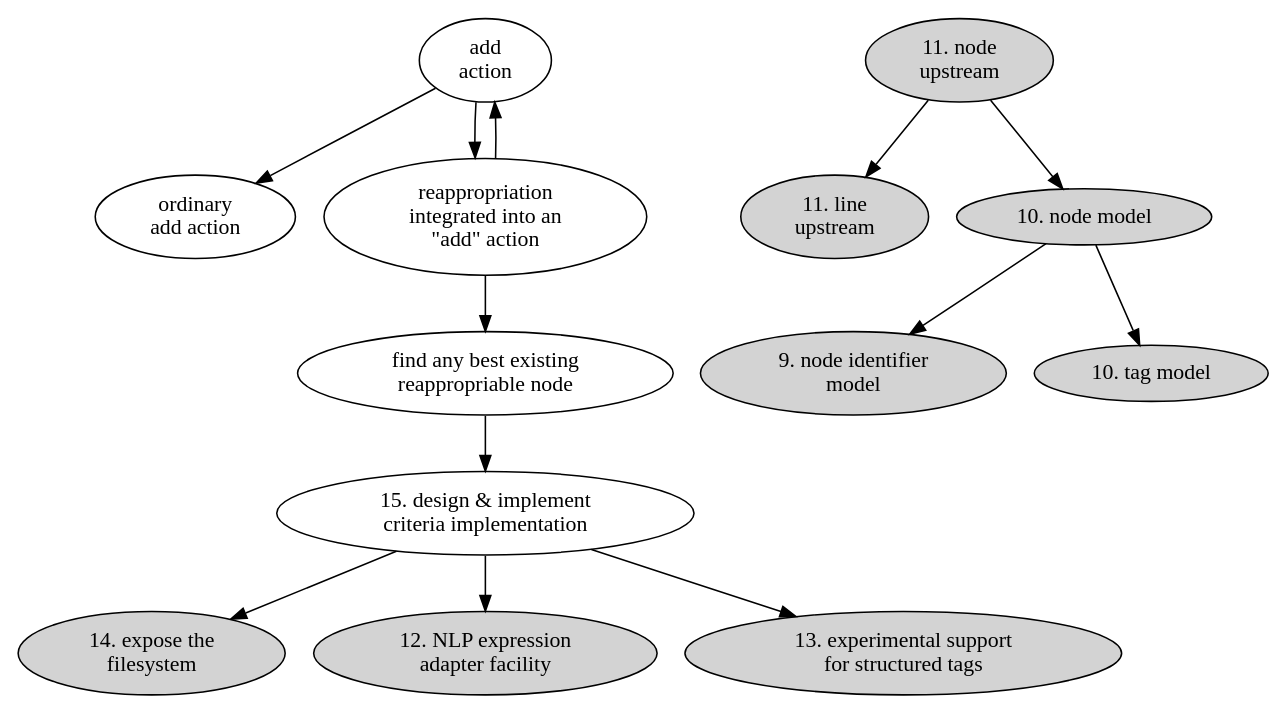
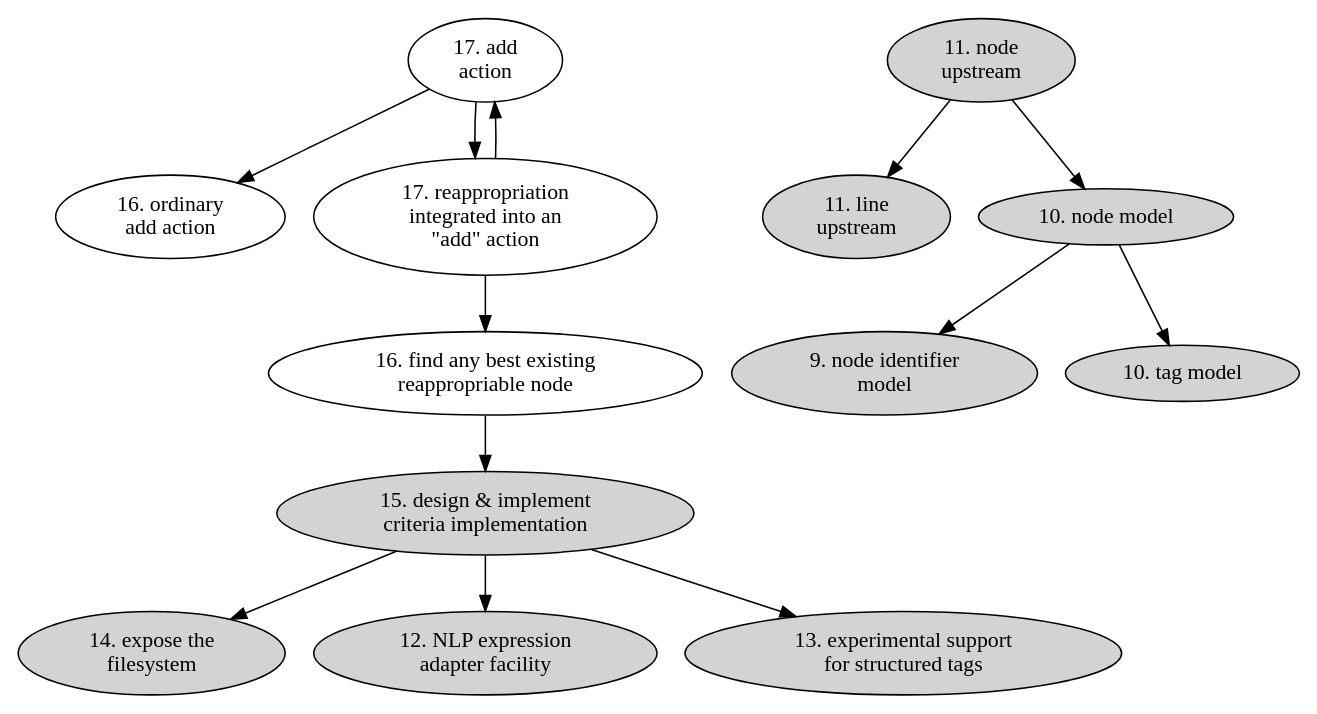
The diagram in lib/skylab/snag/doc/issues/038/component-digraph.dot (hipe/tmx), drawn with Graphviz before and after one commit. The commit also changed 16 other files, not shown here.

```diff
--- a/lib/skylab/snag/doc/issues/038/component-digraph.dot
+++ b/lib/skylab/snag/doc/issues/038/component-digraph.dot
@@ -1,33 +1,33 @@
 digraph {
 
-  aa [label="add\naction" ]
-  de [label="15. design & implement\ncriteria implementation"]
+  aa [label="17. add\naction" ]
+  de [label="15. design & implement\ncriteria implementation" style=filled]
   FS [label="14. expose the\nfilesystem" style=filled]
   line_upstream [label="11. line\nupstream" style=filled]
   NLP_experiment [label="12. NLP expression\nadapter facility" style=filled]
   node_identifier_model [label="9. node identifier\nmodel" style=filled]
   node_model [label="10. node model" style=filled]
   node_upstream [label="11. node\nupstream" style=filled]
-  oaa [label="ordinary\nadd action"]
-  rea [label="reappropriation\nintegrated into an\n\"add\" action" ]
-  rea_actor [label="find any best existing\nreappropriable node" ]
+  oaa [label="16. ordinary\nadd action"]
+  rea [label="17. reappropriation\nintegrated into an\n\"add\" action" ]
+  rea_actor [label="16. find any best existing\nreappropriable node" ]
   stru [label="13. experimental support\nfor structured tags" style=filled]
   tag_model [label="10. tag model" style=filled]
 
   aa->rea
   rea->aa
   aa->oaa
   rea->rea_actor
 
   rea_actor->de
   de->NLP_experiment
   de->FS
   de->stru
 
   node_upstream -> line_upstream
   node_upstream -> node_model
 
   node_model -> node_identifier_model
   node_model -> tag_model
 
 }
```
